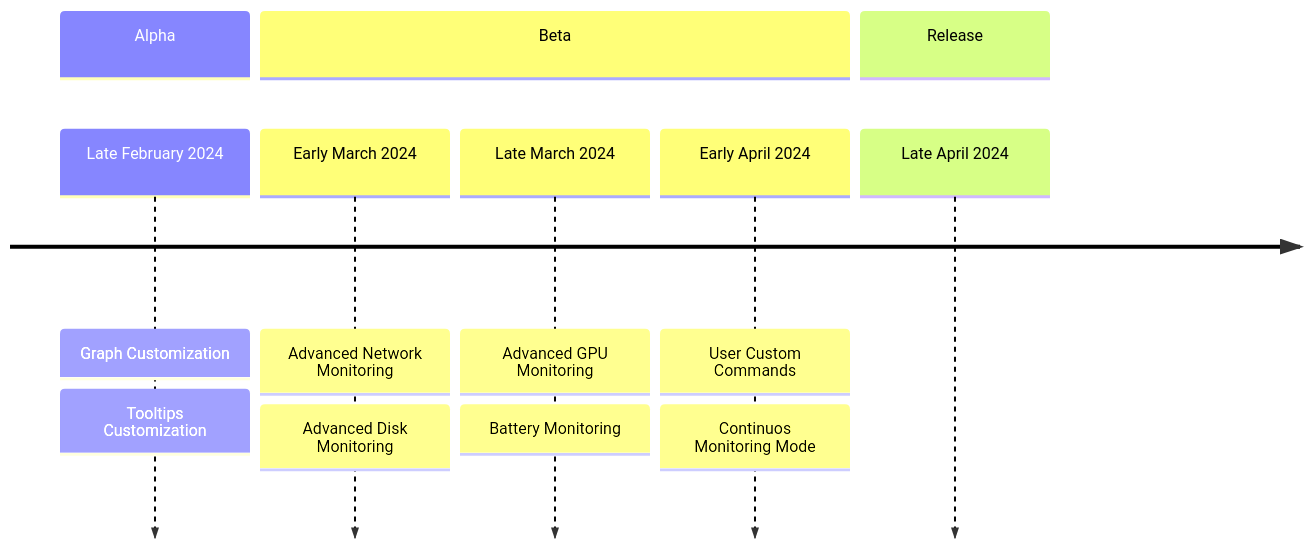
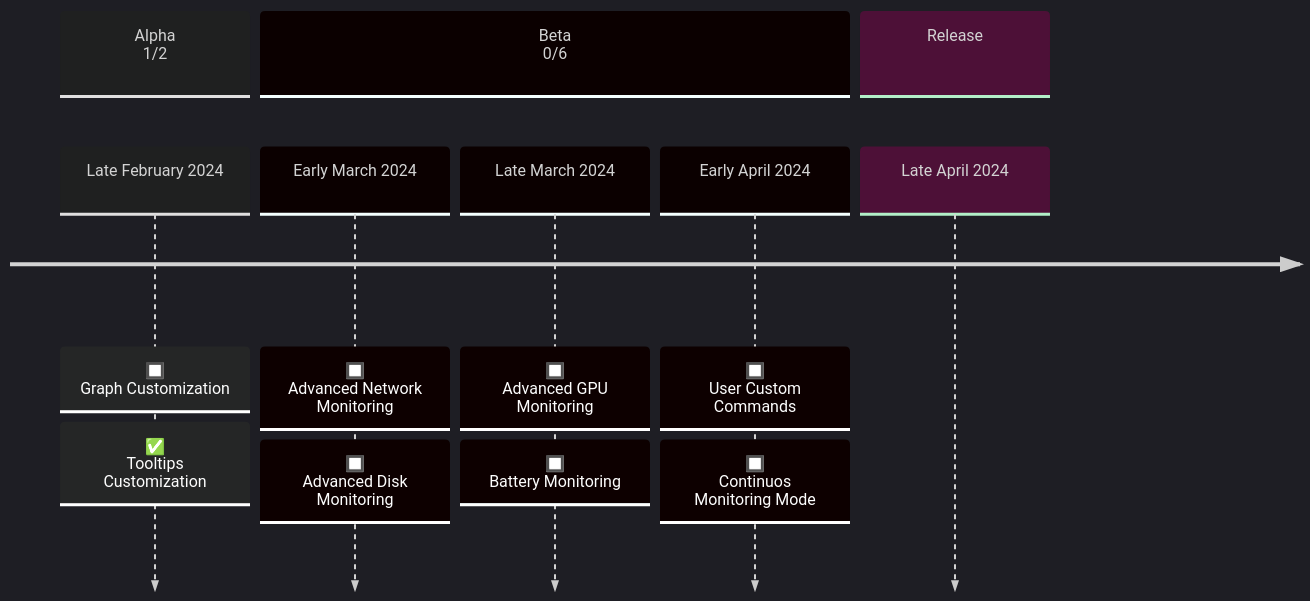
Before and after one commit to AstraExt/astra-monitor: the diagram in README.md, drawn with Mermaid.

Commit message:
Roadmap update

````diff
--- a/README.md
+++ b/README.md
@@ -61,11 +61,12 @@
 ```mermaid
+%%{init: { 'theme': 'dark' } }%%
 timeline
-  section Alpha
-    Late February 2024: Graph Customization: Tooltips Customization
-  section Beta
-    Early March 2024: Advanced Network Monitoring: Advanced Disk Monitoring
-    Late March 2024: Advanced GPU Monitoring: Battery Monitoring
-    Early April 2024: User Custom Commands: Continuos Monitoring Mode
+  section Alpha<br>1/2
+    Late February 2024: 🔲<br>Graph Customization: ✅<br>Tooltips Customization
+  section Beta<br>0/6
+    Early March 2024: 🔲<br>Advanced Network Monitoring: 🔲<br>Advanced Disk Monitoring
+    Late March 2024: 🔲<br>Advanced GPU Monitoring: 🔲<br>Battery Monitoring
+    Early April 2024: 🔲<br>User Custom Commands: 🔲<br>Continuos Monitoring Mode
   section Release
     Late April 2024
 ```
````
